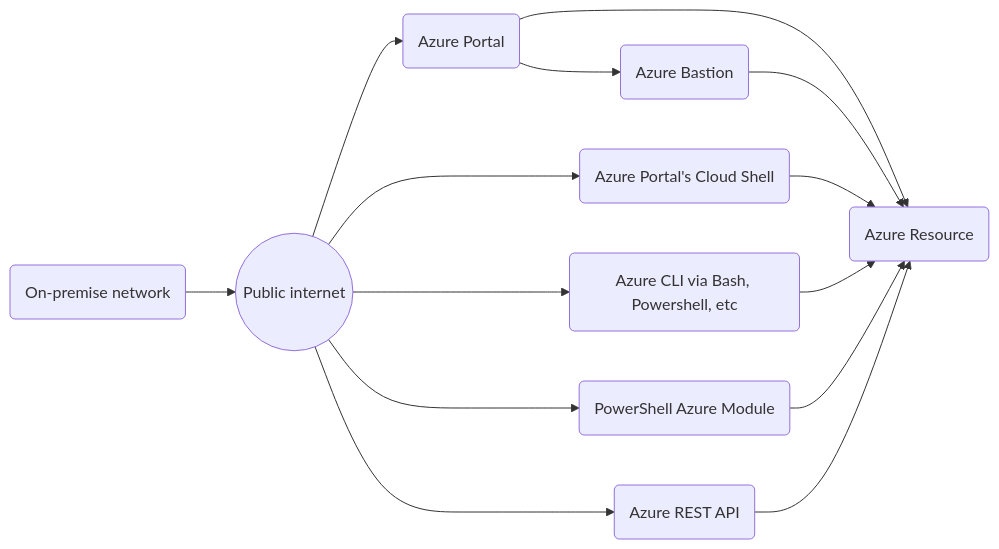
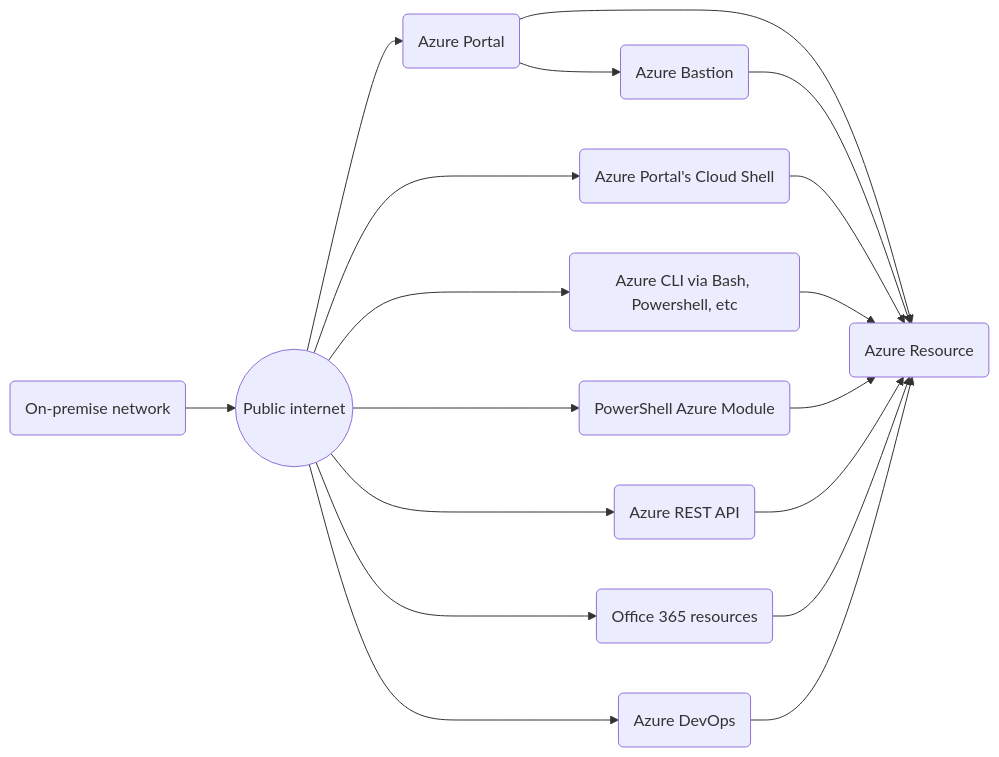
The first of 2 diagrams in Cloud - Azure/Azure Virtual Networks/ExpressRoute.md (bigtoga/Examples), drawn with Mermaid before and after one commit. The commit also changed other lines of this file, not shown here.

````diff
--- a/Cloud - Azure/Azure Virtual Networks/ExpressRoute.md
+++ b/Cloud - Azure/Azure Virtual Networks/ExpressRoute.md
@@ -20,16 +28,20 @@
 ```mermaid
 graph LR
     A(On-premise network) --> B((Public internet))
     B --> C(Azure Portal)
     C --> D(Azure Resource)
     B --> E(Azure Portal's Cloud Shell)
     E --> D
     B --> F(Azure CLI via Bash, Powershell, etc)
     F --> D
     B --> G(PowerShell Azure Module)
     G --> D
     B --> H(Azure REST API)
     H --> D
     C --> I(Azure Bastion)
     I --> D
+    B --> J(Office 365 resources)
+    J --> D
+    B --> K(Azure DevOps)
+    K --> D
 ```    
````
